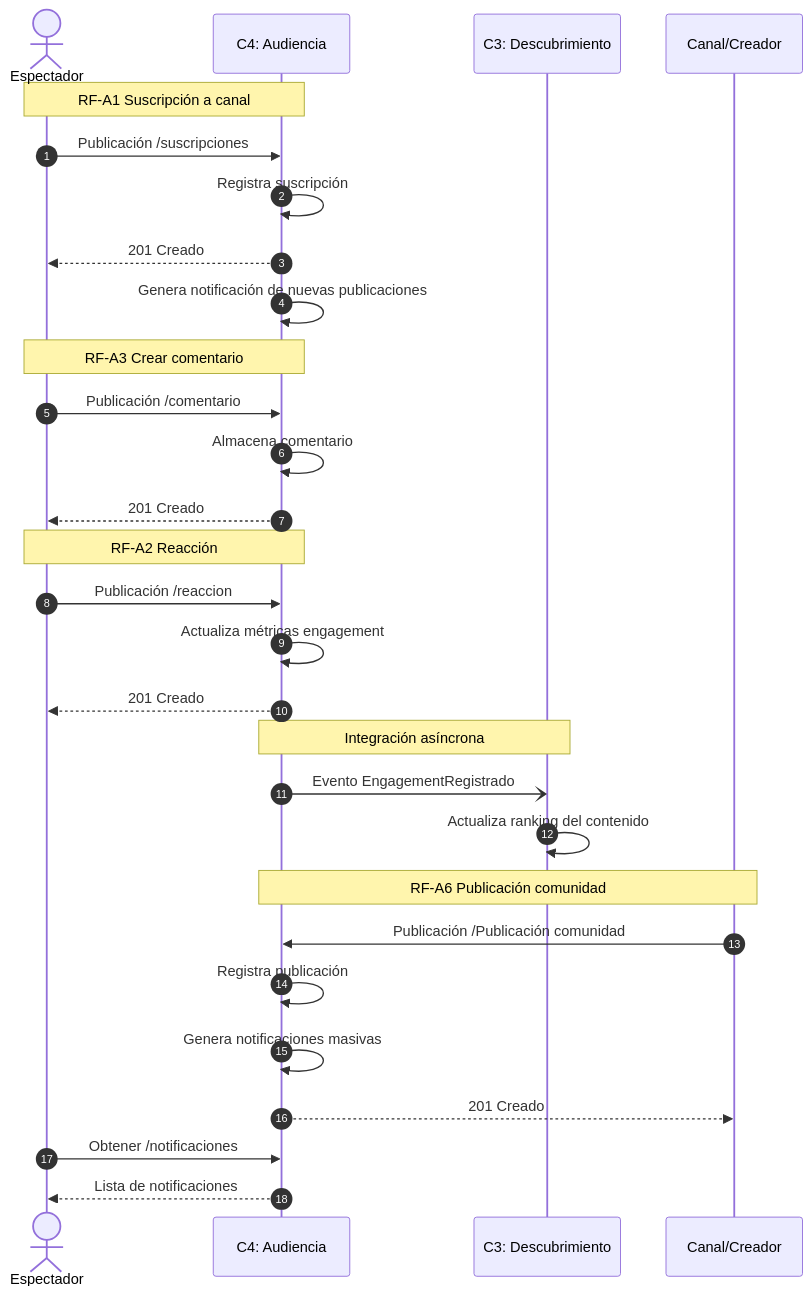
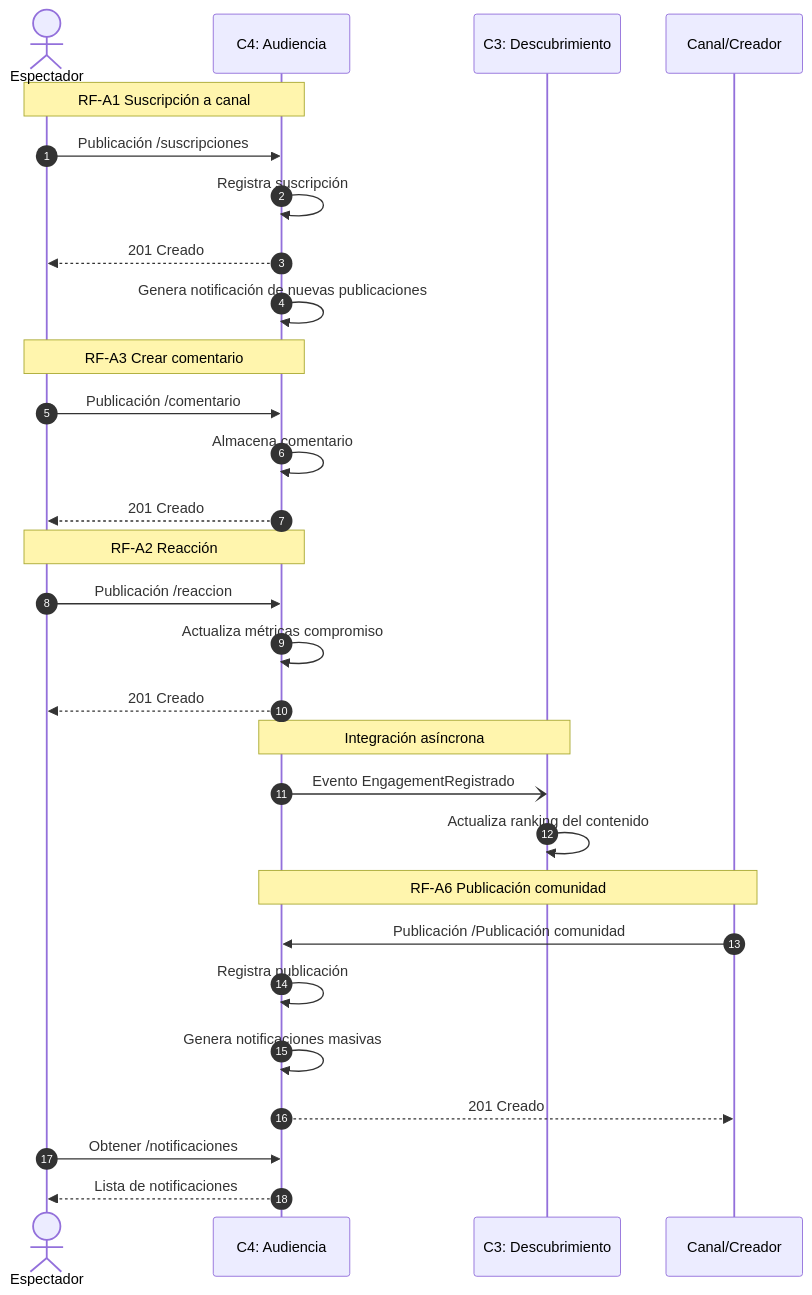
The second of 2 diagrams in bounded-contexts-4-audiencia/README.md (Wheaor/OpenAPI---Youtube), drawn with Mermaid before and after one commit.

````diff
--- a/bounded-contexts-4-audiencia/README.md
+++ b/bounded-contexts-4-audiencia/README.md
@@ -156,54 +156,54 @@
 ```mermaid
 sequenceDiagram
     autonumber
 
     actor User as Espectador
     participant C4 as C4: Audiencia
     participant C3 as C3: Descubrimiento
     participant Creator as Canal/Creador
 
     %% --- SUSCRIPCIÓN ---
     Note over User,C4: RF-A1 Suscripción a canal
 
     User->>C4: Publicación /suscripciones
     C4->>C4: Registra suscripción
     C4-->>User: 201 Creado
 
     %% --- NOTIFICACIÓN ---
     C4->>C4: Genera notificación de nuevas publicaciones
 
     %% --- COMENTARIO ---
     Note over User,C4: RF-A3 Crear comentario
 
     User->>C4: Publicación /comentario
     C4->>C4: Almacena comentario
     C4-->>User: 201 Creado
 
     %% --- LIKE ---
     Note over User,C4: RF-A2 Reacción
 
     User->>C4: Publicación /reaccion
-    C4->>C4: Actualiza métricas engagement
+    C4->>C4: Actualiza métricas compromiso
     C4-->>User: 201 Creado
 
     %% --- EVENTO HACIA DESCUBRIMIENTO ---
     Note over C4,C3: Integración asíncrona
 
     C4-)C3: Evento EngagementRegistrado
     C3->>C3: Actualiza ranking del contenido
 
     %% --- PUBLICACIÓN DE COMUNIDAD ---
     Note over Creator,C4: RF-A6 Publicación comunidad
 
     Creator->>C4: Publicación /Publicación comunidad
     C4->>C4: Registra publicación
 
     %% --- NOTIFICACIÓN A SUSCRIPTORES ---
     C4->>C4: Genera notificaciones masivas
 
     C4-->>Creator: 201 Creado
 
     %% --- CONSULTA DE NOTIFICACIONES ---
     User->>C4: Obtener /notificaciones
     C4-->>User: Lista de notificaciones
 ```
````
